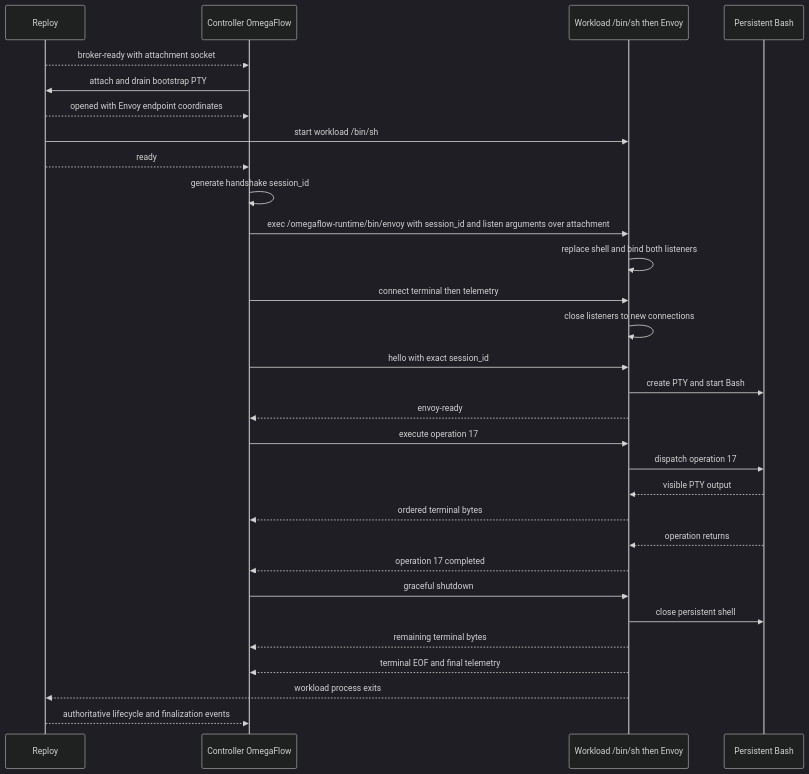
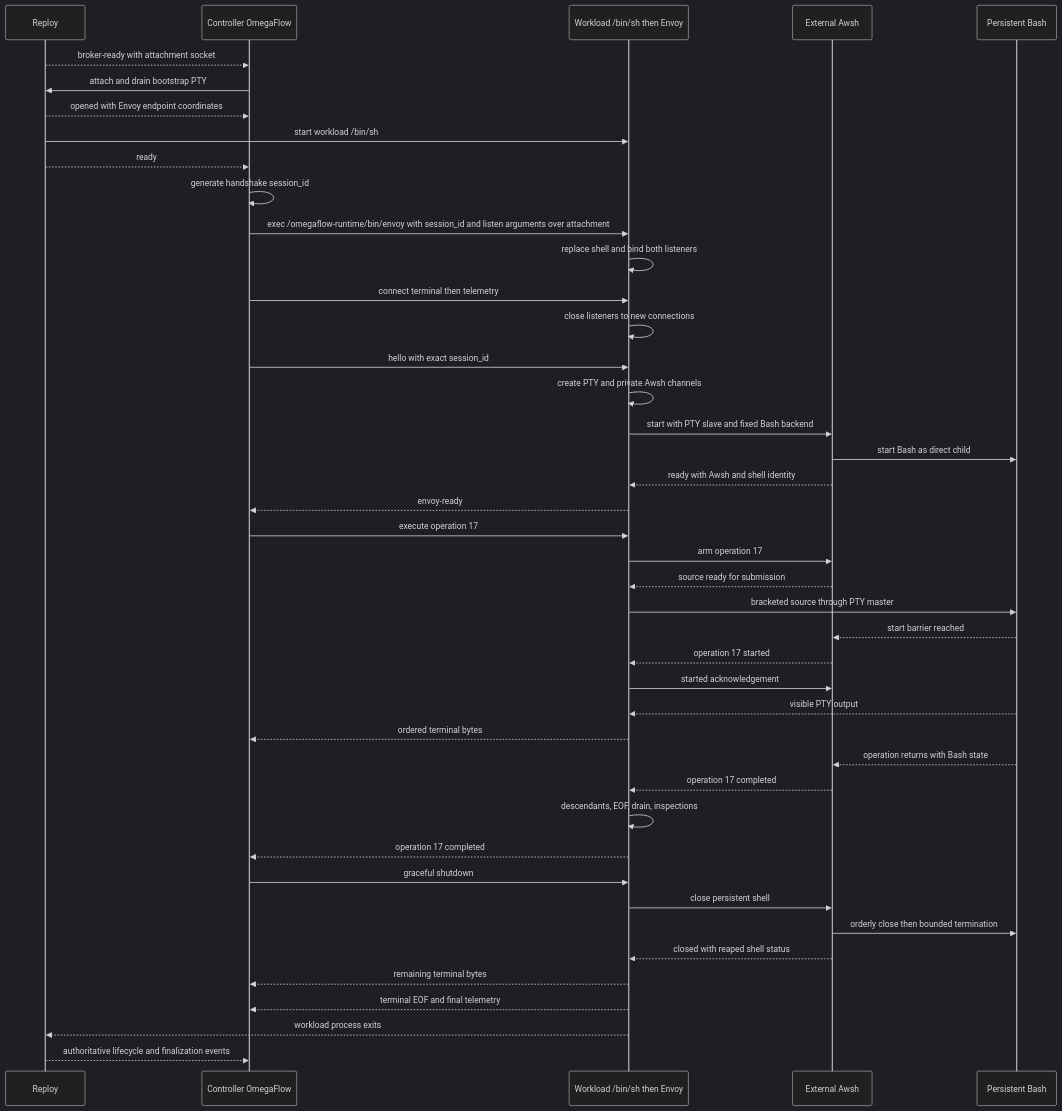
Before and after one commit to omry/omegaflow: the second of 2 diagrams in docs/design/omegaflow-envoy-design.md, drawn with Mermaid (dark theme). The commit also changed other lines of this file and 4 other files, not shown here.

First line of the commit message:
Amend Awsh supervisor architecture

````diff
--- a/docs/design/omegaflow-envoy-design.md
+++ b/docs/design/omegaflow-envoy-design.md
@@ -593,35 +702,48 @@
 ```mermaid
 sequenceDiagram
     participant R as Reploy
     participant C as Controller OmegaFlow
     participant W as Workload /bin/sh then Envoy
+    participant A as External Awsh
     participant B as Persistent Bash
 
     R-->>C: broker-ready with attachment socket
     C->>R: attach and drain bootstrap PTY
     R-->>C: opened with Envoy endpoint coordinates
     R->>W: start workload /bin/sh
     R-->>C: ready
     C->>C: generate handshake session_id
     C->>W: exec /omegaflow-runtime/bin/envoy with session_id and listen arguments over attachment
     W->>W: replace shell and bind both listeners
     C->>W: connect terminal then telemetry
     W->>W: close listeners to new connections
     C->>W: hello with exact session_id
-    W->>B: create PTY and start Bash
+    W->>W: create PTY and private Awsh channels
+    W->>A: start with PTY slave and fixed Bash backend
+    A->>B: start Bash as direct child
+    A-->>W: ready with Awsh and shell identity
     W-->>C: envoy-ready
 
     C->>W: execute operation 17
-    W->>B: dispatch operation 17
+    W->>A: arm operation 17
+    A-->>W: source ready for submission
+    W->>B: bracketed source through PTY master
+    B-->>A: start barrier reached
+    A-->>W: operation 17 started
+    W->>A: started acknowledgement
     B-->>W: visible PTY output
     W-->>C: ordered terminal bytes
-    B-->>W: operation returns
+    B-->>A: operation returns with Bash state
+    A-->>W: operation 17 completed
+    W->>W: descendants, EOF, drain, inspections
     W-->>C: operation 17 completed
 
     C->>W: graceful shutdown
-    W->>B: close persistent shell
+    W->>A: close persistent shell
+    A->>B: orderly close then bounded termination
+    A-->>W: closed with reaped shell status
     W-->>C: remaining terminal bytes
     W-->>C: terminal EOF and final telemetry
     W-->>R: workload process exits
     R-->>C: authoritative lifecycle and finalization events
 ```
````
